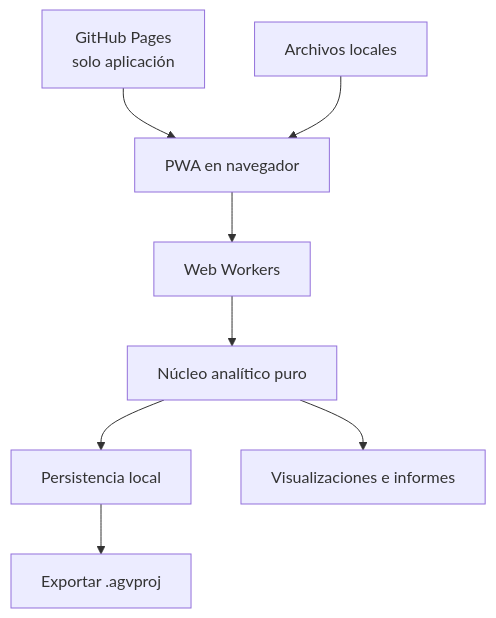
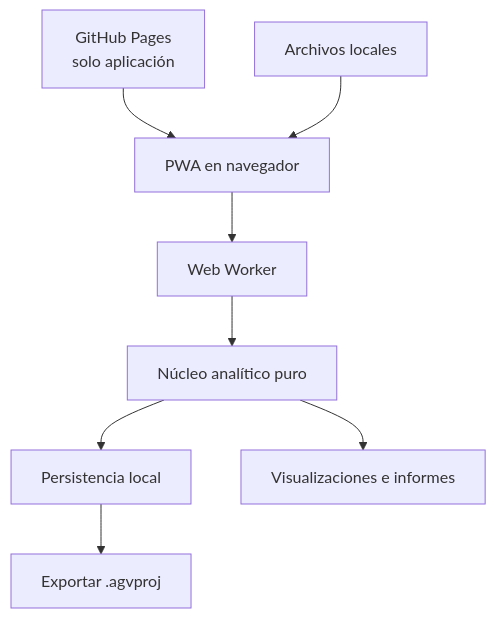
The first of 2 diagrams in docs/ARCHITECTURE.md (RBeno/tag-trace), drawn with Mermaid before and after one commit. The commit also changed other lines of this file and 63 other files, not shown here.

````diff
--- a/docs/ARCHITECTURE.md
+++ b/docs/ARCHITECTURE.md
@@ -14,10 +14,10 @@
 ```mermaid
 flowchart TD
   GP[GitHub Pages<br/>solo aplicación] --> UI[PWA en navegador]
   FS[Archivos locales] --> UI
-  UI --> WK[Web Workers]
+  UI --> WK[Web Worker]
   WK --> CORE[Núcleo analítico puro]
   CORE --> STORE[Persistencia local]
   STORE --> PROJ[Exportar .agvproj]
   CORE --> VIEW[Visualizaciones e informes]
 ```
````
